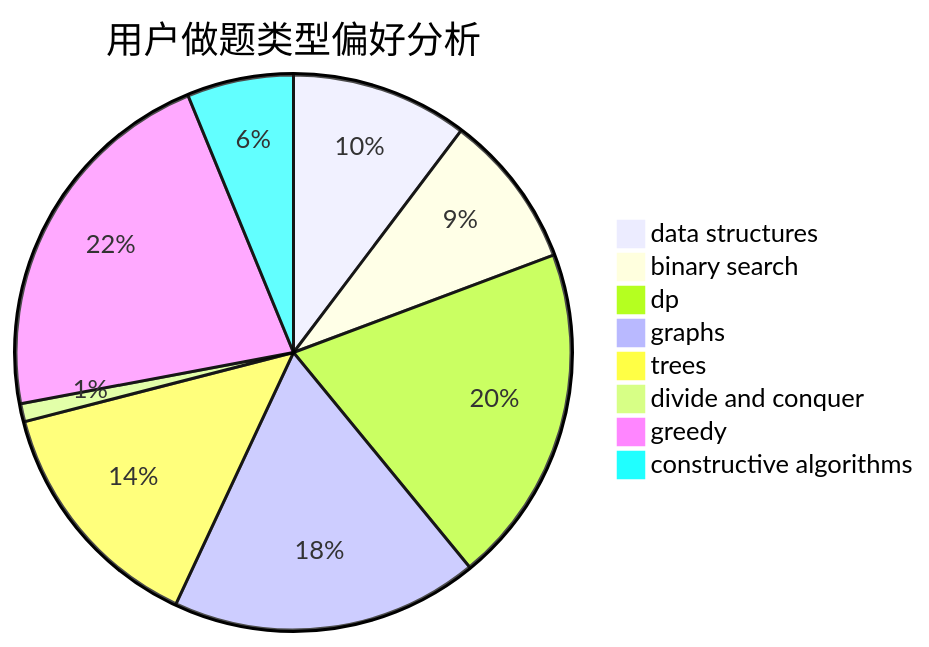
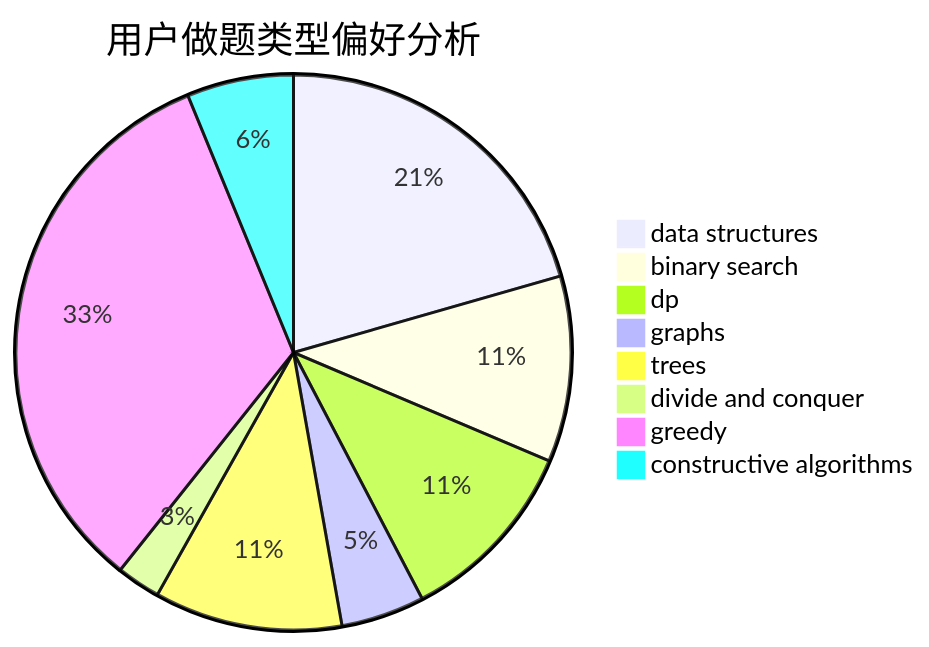
One commit to sherpahu/cfrs.github.io changed the second of 3 diagrams in docs/user/u1018.md. Above: the diagram before and after it, drawn with Mermaid. The commit also changed other lines of this file and 2770 other files, not shown here.

````diff
--- a/docs/user/u1018.md
+++ b/docs/user/u1018.md
@@ -23,11 +23,11 @@
 ```mermaid
 pie title 用户做题类型偏好分析
-    "data structures" :  88
-    "binary search" :  77
-    "dp" :  169
-    "graphs" :  153
-    "trees" :  120
-    "divide and conquer" :  9
-    "greedy" :  186
-    "constructive algorithms" :  53
+    "data structures" :  169
+    "binary search" :  89
+    "dp" :  90
+    "graphs" :  40
+    "trees" :  90
+    "divide and conquer" :  21
+    "greedy" :  272
+    "constructive algorithms" :  51
 ```
````
